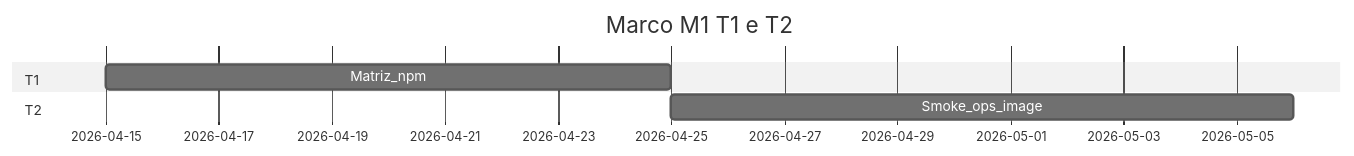
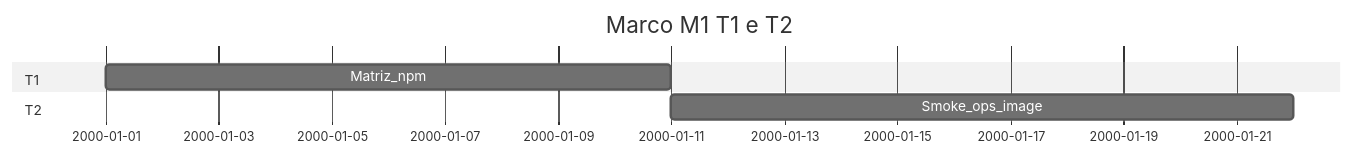
One commit to Malnati/eslint-hardcode-detect-plugin changed the second of 2 diagrams in docs/distribution-milestones/m1-channel-t1-t2.md. Above: the diagram before and after it, drawn with Mermaid (neutral theme). The commit also changed other lines of this file and 10 other files, not shown here.

````diff
--- a/docs/distribution-milestones/m1-channel-t1-t2.md
+++ b/docs/distribution-milestones/m1-channel-t1-t2.md
@@ -61,9 +65,9 @@
 ```mermaid
 gantt
   title Marco M1 T1 e T2
   dateFormat YYYY-MM-DD
   section T1
-  Matriz_npm :m1a, 2026-04-15, 10d
+  Matriz_npm :m1a, 2000-01-01, 10d
   section T2
   Smoke_ops_image :m1b, after m1a, 11d
 ```
````
